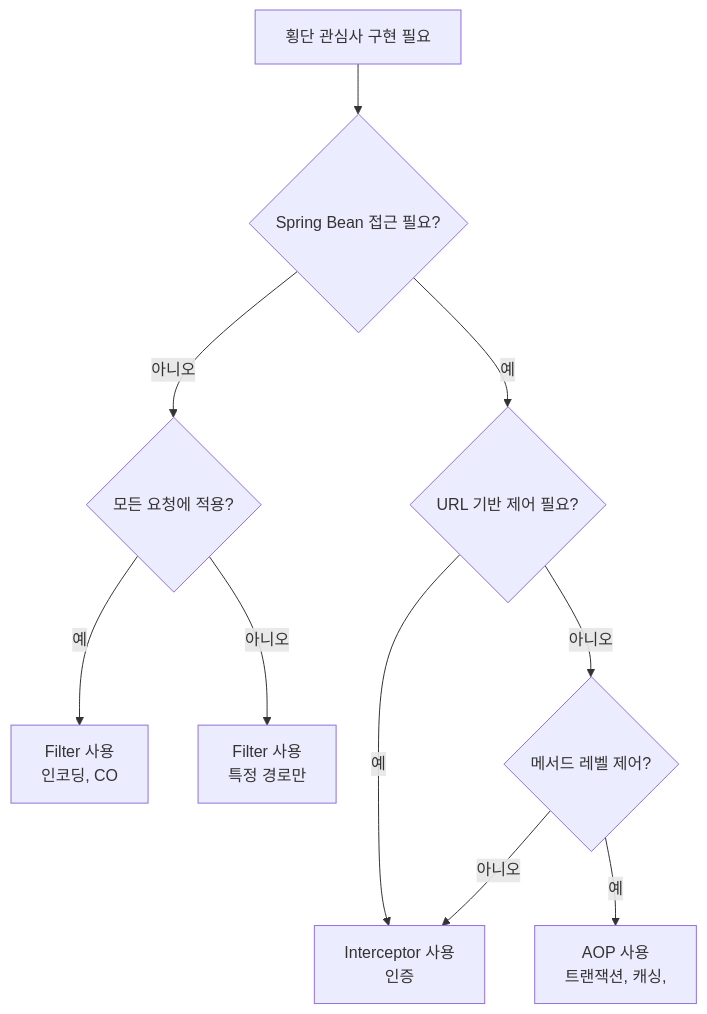
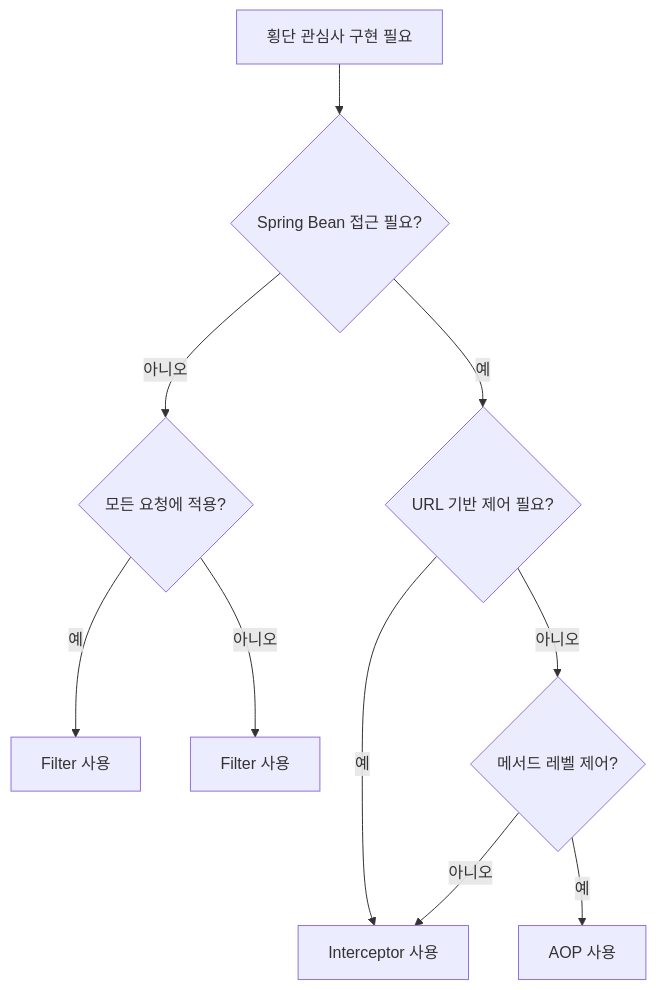
Before and after one commit to yjkim2015/yjkim2015.github.io: the second of 8 diagrams in _posts/spring/2026-05-02-spring-interceptor.md, drawn with Mermaid. The commit also changed 217 other files, not shown here.

First line of the commit message:
Mermaid 크기 수정: useMaxWidth:true + SVG max-width:100% + 라벨 축소

````diff
--- a/_posts/spring/2026-05-02-spring-interceptor.md
+++ b/_posts/spring/2026-05-02-spring-interceptor.md
@@ -140,12 +140,12 @@
 ```mermaid
 flowchart TD
     A["횡단 관심사 구현 필요"] --> B{"Spring Bean 접근 필요?"}
     B -->|"아니오"| C{"모든 요청에 적용?"}
     B -->|"예"| D{"URL 기반 제어 필요?"}
-    C -->|"예"| E["Filter 사용\n인코딩, CO"]
-    C -->|"아니오"| F["Filter 사용\n특정 경로만"]
-    D -->|"예"| G["Interceptor 사용\n인증"]
+    C -->|"예"| E["Filter 사용"]
+    C -->|"아니오"| F["Filter 사용"]
+    D -->|"예"| G["Interceptor 사용"]
     D -->|"아니오"| H{"메서드 레벨 제어?"}
-    H -->|"예"| I["AOP 사용\n트랜잭션, 캐싱,"]
+    H -->|"예"| I["AOP 사용"]
     H -->|"아니오"| G
 ```
````
